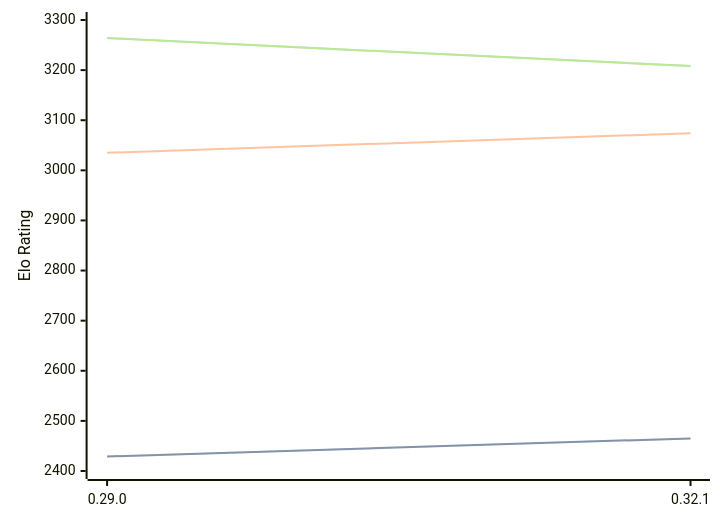
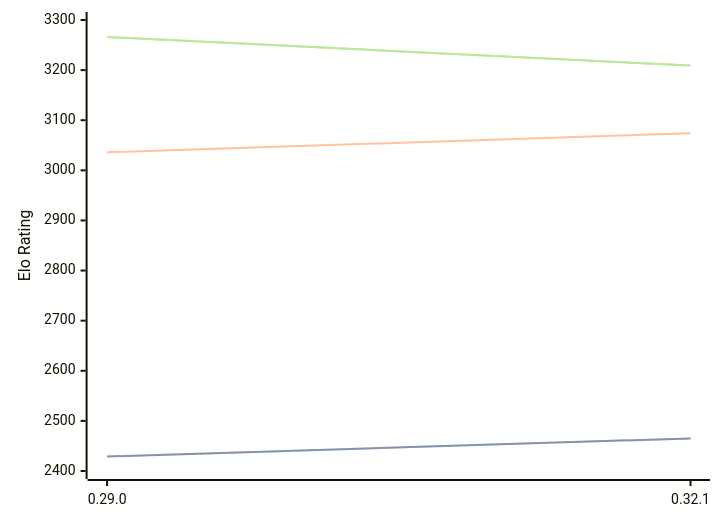
Before and after one commit to computer-chess-index/cci: the diagram in engines/Lc0.md, drawn with Mermaid. The commit also changed other lines of this file, not shown here.

Commit message:
Update CCI Ratings (ELO VLTC) - 2026-02-19

````diff
--- a/engines/Lc0.md
+++ b/engines/Lc0.md
@@ -65,11 +65,11 @@
 ```mermaid
 %%{init: {"theme":"base","themeVariables":{"seriesColors:['#a3a3a3','#222221','#faa371']}}}%%
 xychart-beta
   x-axis ["0.29.0", "0.32.1"]
   y-axis "Elo Rating" 2400 --> 3300
   line "STC (8.0+0.08s)" [2429, 2465]
   line "STC (8.0+0.08s)" [2429, 2465]
-  line "LTC (60.0+0.60s)" [3035, 3074]
-  line "VLTC (2m24s+1.12s)" [3264, 3208]
-  line "VLTC (2m24s+1.12s)" [3264, 3208]
+  line "LTC (60.0+0.60s)" [3036, 3074]
+  line "VLTC (2m24s+1.12s)" [3266, 3209]
+  line "VLTC (2m24s+1.12s)" [3266, 3209]
 ```
````
